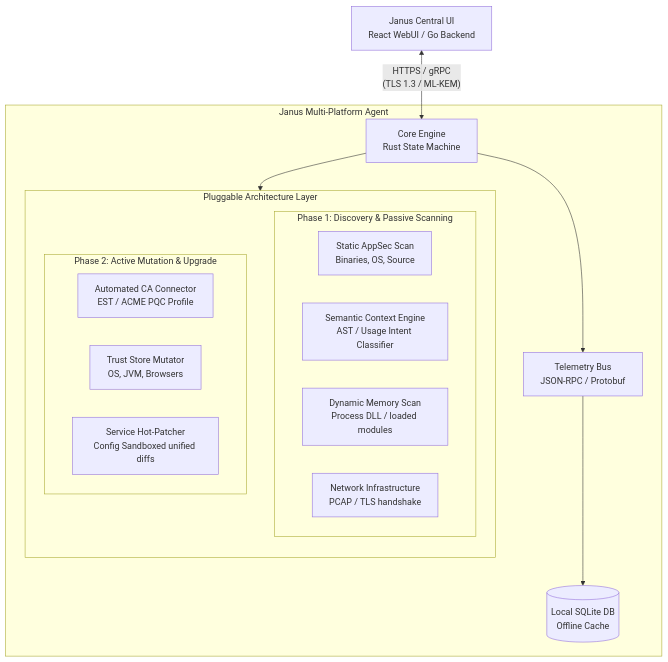
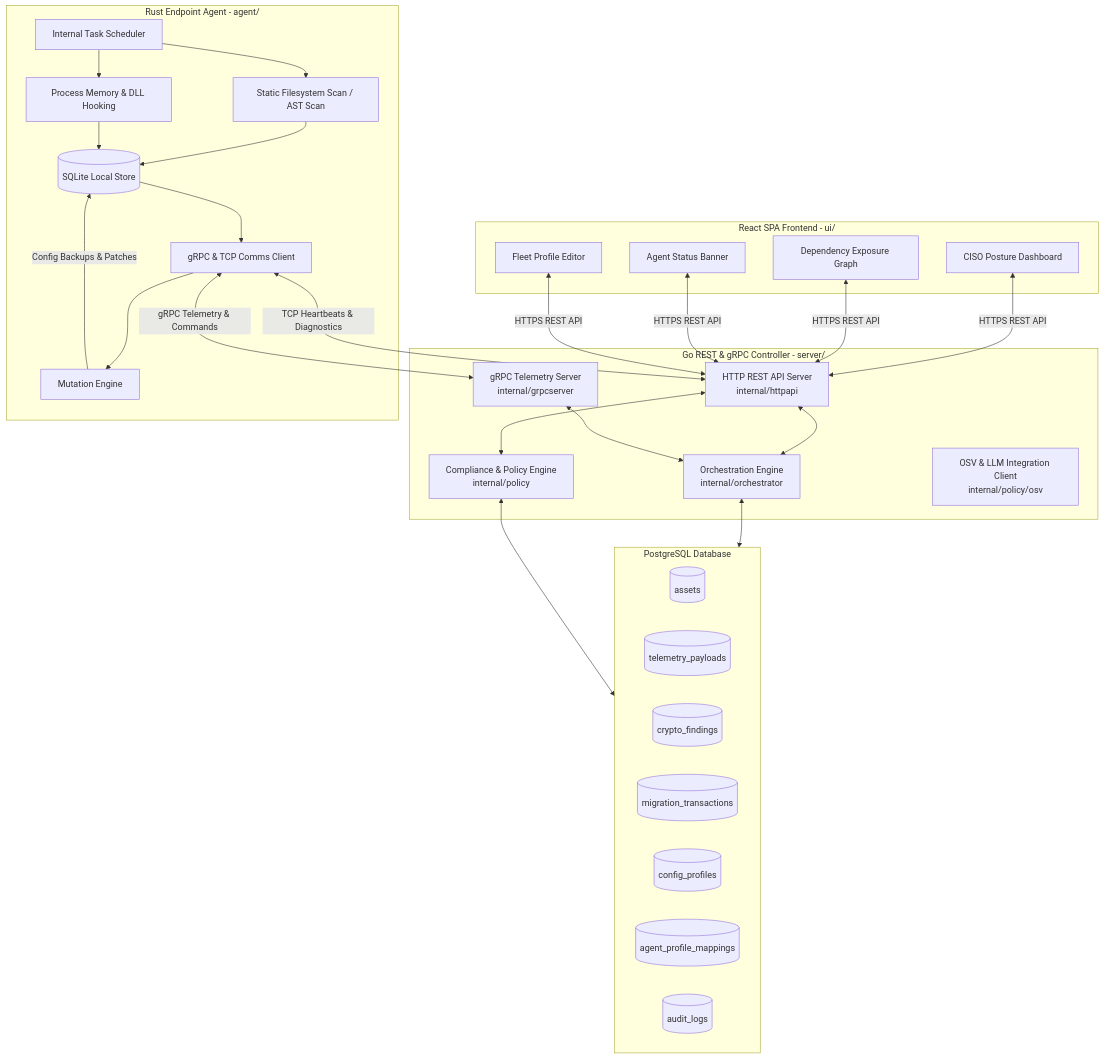
Before and after one commit to Sean-Khorasani/Janus_CryptoBOM: the first of 5 diagrams in docs/design.md, drawn with Mermaid. The commit also changed other lines of this file and 4 other files, not shown here.

Commit message:
- Added 10 detailed business case studies, deployment topologies, and deep technical architecture specs ( design.md ) featuring 5 complex Mermaid.js UML diagrams.

````diff
--- a/docs/design.md
+++ b/docs/design.md
@@ -10,29 +67,48 @@
 ```mermaid
-graph TD
-    UI[Janus Central UI<br>React WebUI / Go Backend]
-    subgraph AGENT [Janus Multi-Platform Agent]
-        CE[Core Engine<br>Rust State Machine]
-        TB[Telemetry Bus<br>JSON-RPC / Protobuf]
-        DB[(Local SQLite DB<br>Offline Cache)]
-        
-        subgraph PLUGINS [Pluggable Architecture Layer]
-            direction TB
-            subgraph PHASE1 [Phase 1: Discovery & Passive Scanning]
-                SAS[Static AppSec Scan<br>Binaries, OS, Source]
-                SEM[Semantic Context Engine<br>AST / Usage Intent Classifier]
-                DMS[Dynamic Memory Scan<br>Process DLL / loaded modules]
-                NET[Network Infrastructure<br>PCAP / TLS handshake]
-            end
-            subgraph PHASE2 [Phase 2: Active Mutation & Upgrade]
-                ACC[Automated CA Connector<br>EST / ACME PQC Profile]
-                TSM[Trust Store Mutator<br>OS, JVM, Browsers]
-                SHP[Service Hot-Patcher<br>Config Sandboxed unified diffs]
-            end
-        end
+flowchart TD
+    subgraph Frontend [React SPA Frontend - ui/]
+        Dashboard[CISO Posture Dashboard]
+        ExposureGraph[Dependency Exposure Graph]
+        StatusBanner[Agent Status Banner]
+        ProfileEditor[Fleet Profile Editor]
     end
 
-    UI <-- "HTTPS / gRPC<br>(TLS 1.3 / ML-KEM)" --> CE
-    CE --> TB
-    TB --> DB
-    CE --> PLUGINS
+    subgraph Controller [Go REST & gRPC Controller - server/]
+        HTTPServer[HTTP REST API Server<br>internal/httpapi]
+        gRPCServer[gRPC Telemetry Server<br>internal/grpcserver]
+        OrchEngine[Orchestration Engine<br>internal/orchestrator]
+        PolicyEngine[Compliance & Policy Engine<br>internal/policy]
+        LLMClient[OSV & LLM Integration Client<br>internal/policy/osv]
+    end
+
+    subgraph DB [PostgreSQL Database]
+        AssetsTable[(assets)]
+        TelePayloadsTable[(telemetry_payloads)]
+        FindingsTable[(crypto_findings)]
+        MigrationsTable[(migration_transactions)]
+        ProfilesTable[(config_profiles)]
+        MappingsTable[(agent_profile_mappings)]
+        AuditTable[(audit_logs)]
+    end
+
+    subgraph Agent [Rust Endpoint Agent - agent/]
+        Scheduler[Internal Task Scheduler]
+        StaticScan[Static Filesystem Scan / AST Scan]
+        MemoryScan[Process Memory & DLL Hooking]
+        LocalStore[(SQLite Local Store)]
+        CommsClient[gRPC & TCP Comms Client]
+        MutationEngine[Mutation Engine]
+    end
+
+    Dashboard & ExposureGraph & StatusBanner & ProfileEditor <-->|HTTPS REST API| HTTPServer
+    HTTPServer <--> OrchEngine & PolicyEngine
+    gRPCServer <--> OrchEngine
+    OrchEngine & PolicyEngine <--> DB
+    CommsClient <-->|gRPC Telemetry & Commands| gRPCServer
+    CommsClient <-->|TCP Heartbeats & Diagnostics| HTTPServer
+    Scheduler --> StaticScan & MemoryScan
+    StaticScan & MemoryScan --> LocalStore
+    LocalStore --> CommsClient
+    MutationEngine -->|Config Backups & Patches| LocalStore
+    CommsClient --> MutationEngine
 ```
````
